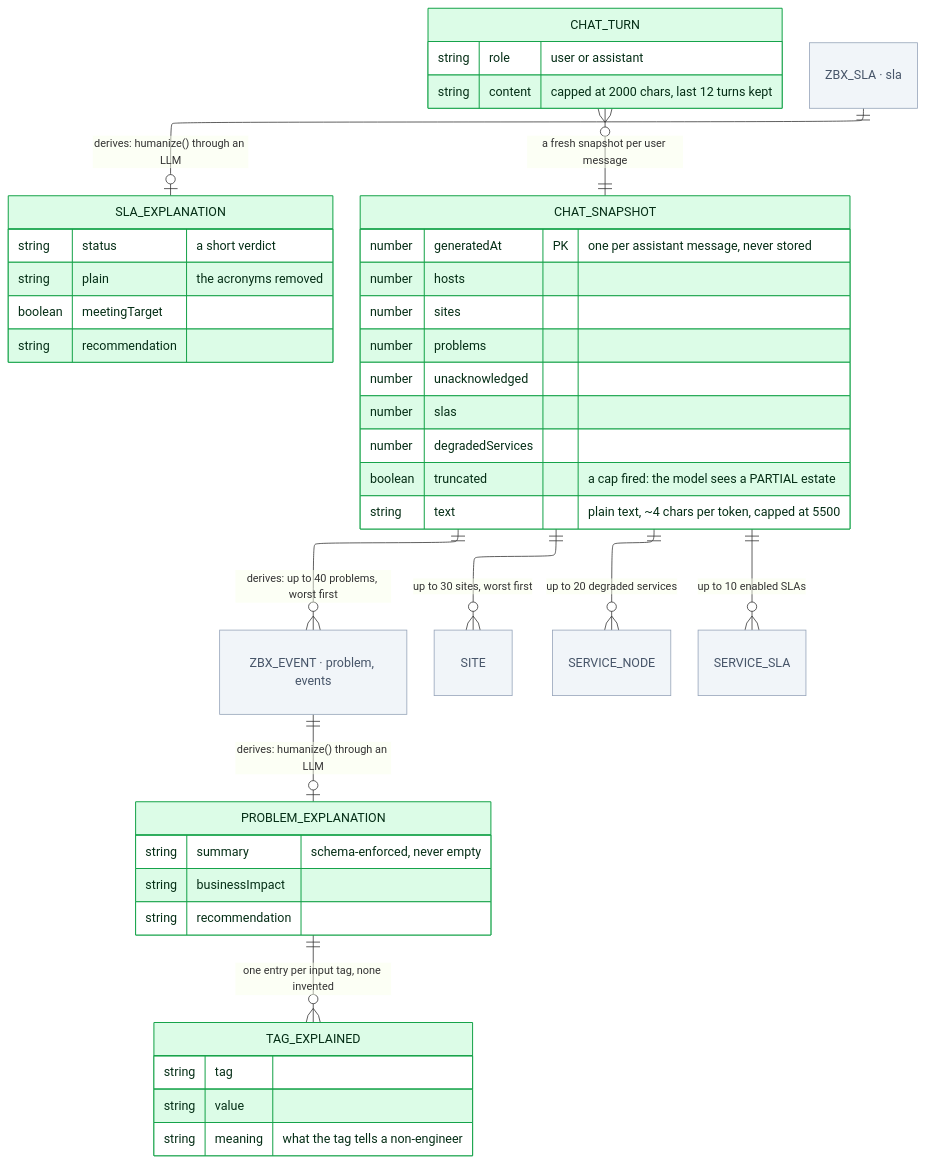
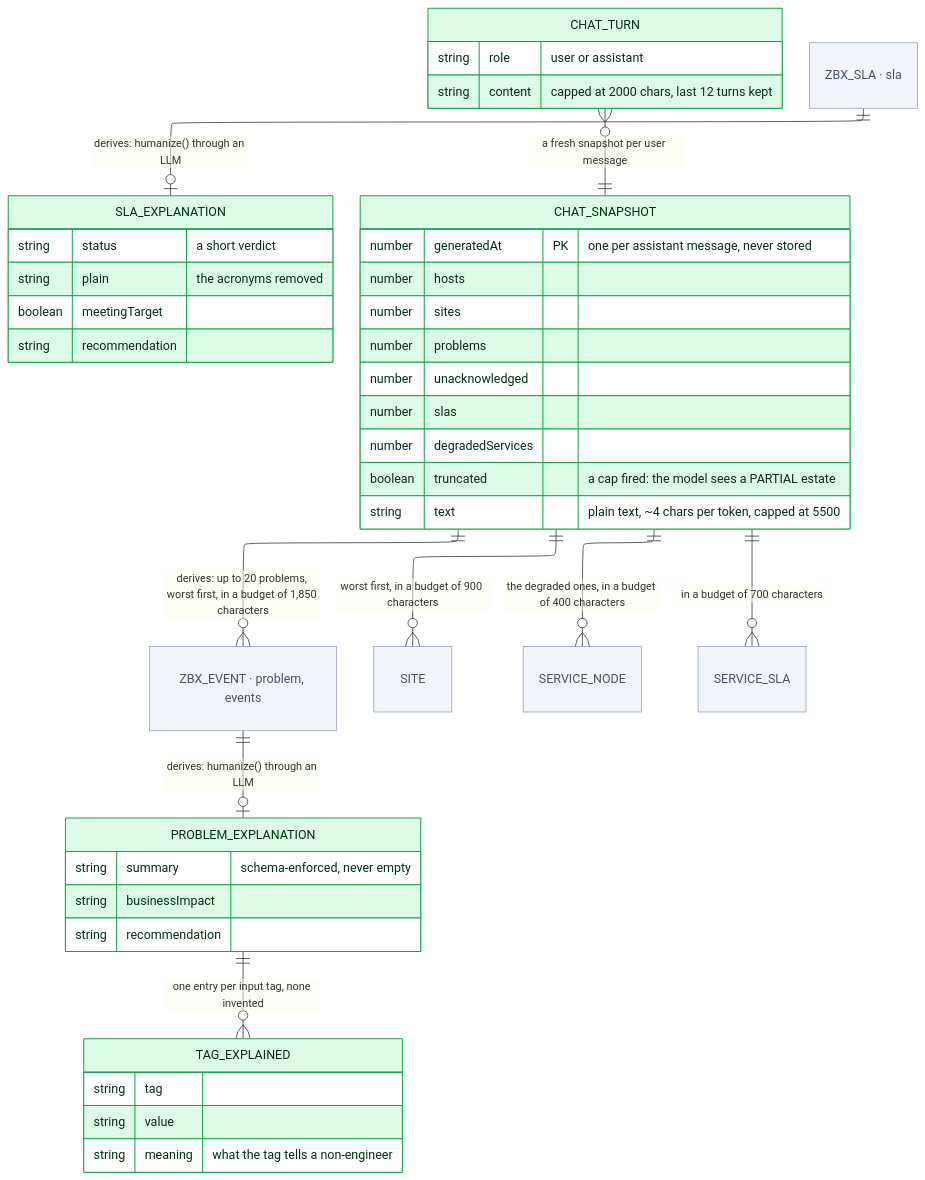
Before and after one commit to Fxkra28/Dashboard-Zabbix-Prototype: the eighth of 10 diagrams in docs/erd/vanilla/ERD-Domains.md, drawn with Mermaid. The commit also changed other lines of this file and 71 other files, not shown here.

````diff
--- a/docs/erd/vanilla/ERD-Domains.md
+++ b/docs/erd/vanilla/ERD-Domains.md
@@ -529,60 +571,60 @@
 ```mermaid
 ---
 config:
   layout: elk
 ---
 erDiagram
     direction TB
     PROBLEM_EXPLANATION {
         string summary "schema-enforced, never empty"
         string businessImpact
         string recommendation
     }
     TAG_EXPLAINED {
         string tag
         string value
         string meaning "what the tag tells a non-engineer"
     }
     SLA_EXPLANATION {
         string status "a short verdict"
         string plain "the acronyms removed"
         boolean meetingTarget
         string recommendation
     }
     CHAT_SNAPSHOT {
         number generatedAt PK "one per assistant message, never stored"
         number hosts
         number sites
         number problems
         number unacknowledged
         number slas
         number degradedServices
         boolean truncated "a cap fired: the model sees a PARTIAL estate"
         string text "plain text, ~4 chars per token, capped at 5500"
     }
     CHAT_TURN {
         string role "user or assistant"
         string content "capped at 2000 chars, last 12 turns kept"
     }
     ZBX_EVENT["ZBX_EVENT · problem, events"]
     ZBX_SLA["ZBX_SLA · sla"]
 
     PROBLEM_EXPLANATION  ||--o{ TAG_EXPLAINED        : "one entry per input tag, none invented"
     CHAT_TURN            }o--|| CHAT_SNAPSHOT        : "a fresh snapshot per user message"
 
     ZBX_EVENT            ||--o| PROBLEM_EXPLANATION  : "derives: humanize() through an LLM"
     ZBX_SLA              ||--o| SLA_EXPLANATION      : "derives: humanize() through an LLM"
-    CHAT_SNAPSHOT        ||--o{ ZBX_EVENT            : "derives: up to 40 problems, worst first"
-    CHAT_SNAPSHOT        ||--o{ SITE                 : "up to 30 sites, worst first"
-    CHAT_SNAPSHOT        ||--o{ SERVICE_NODE         : "up to 20 degraded services"
-    CHAT_SNAPSHOT        ||--o{ SERVICE_SLA          : "up to 10 enabled SLAs"
+    CHAT_SNAPSHOT        ||--o{ ZBX_EVENT            : "derives: up to 20 problems, worst first, in a budget of 1,850 characters"
+    CHAT_SNAPSHOT        ||--o{ SITE                 : "worst first, in a budget of 900 characters"
+    CHAT_SNAPSHOT        ||--o{ SERVICE_NODE         : "the degraded ones, in a budget of 400 characters"
+    CHAT_SNAPSHOT        ||--o{ SERVICE_SLA          : "in a budget of 700 characters"
 
     classDef zbx      fill:#dbeafe,stroke:#2563eb,color:#14213d
     classDef derived  fill:#dcfce7,stroke:#16a34a,color:#052e16
     classDef local    fill:#fef3c7,stroke:#d97706,color:#451a03
     classDef external fill:#f1f5f9,stroke:#94a3b8,color:#475569
     class PROBLEM_EXPLANATION,TAG_EXPLAINED,SLA_EXPLANATION,CHAT_SNAPSHOT derived
     class CHAT_TURN derived
     class SERVICE_NODE,SERVICE_SLA,SITE,ZBX_EVENT external
     class ZBX_SLA external
 ```
````
